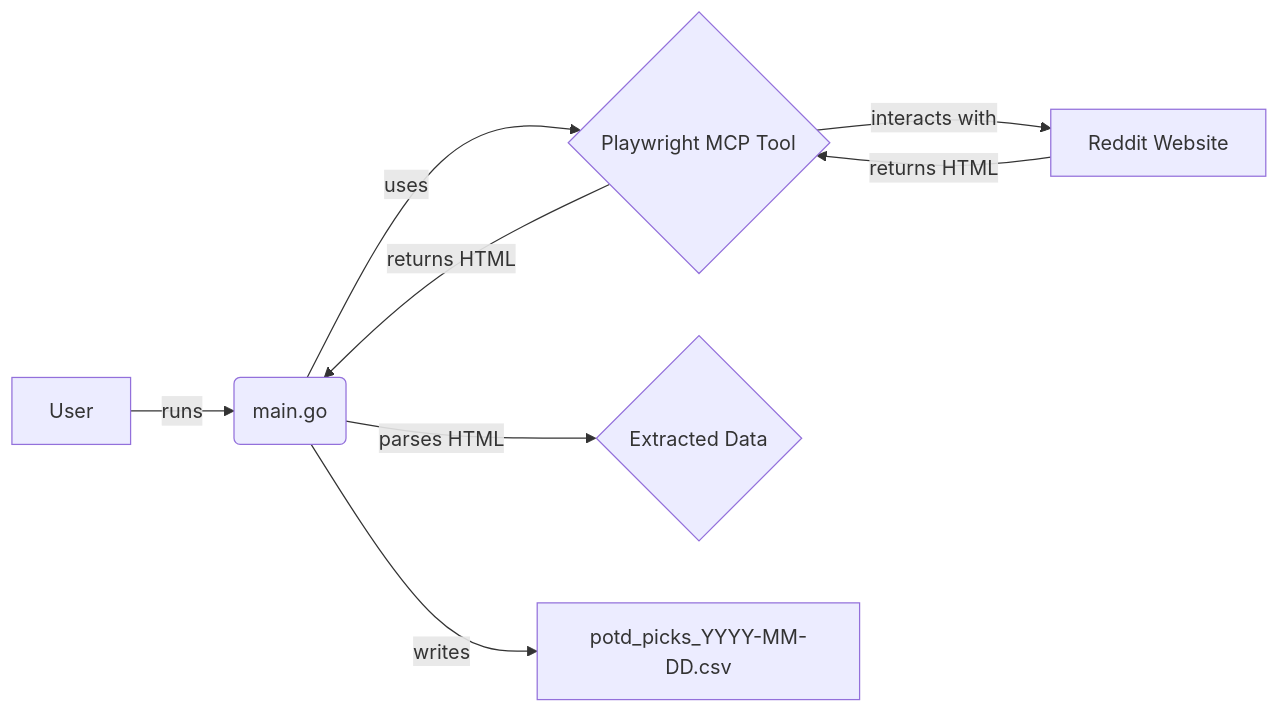
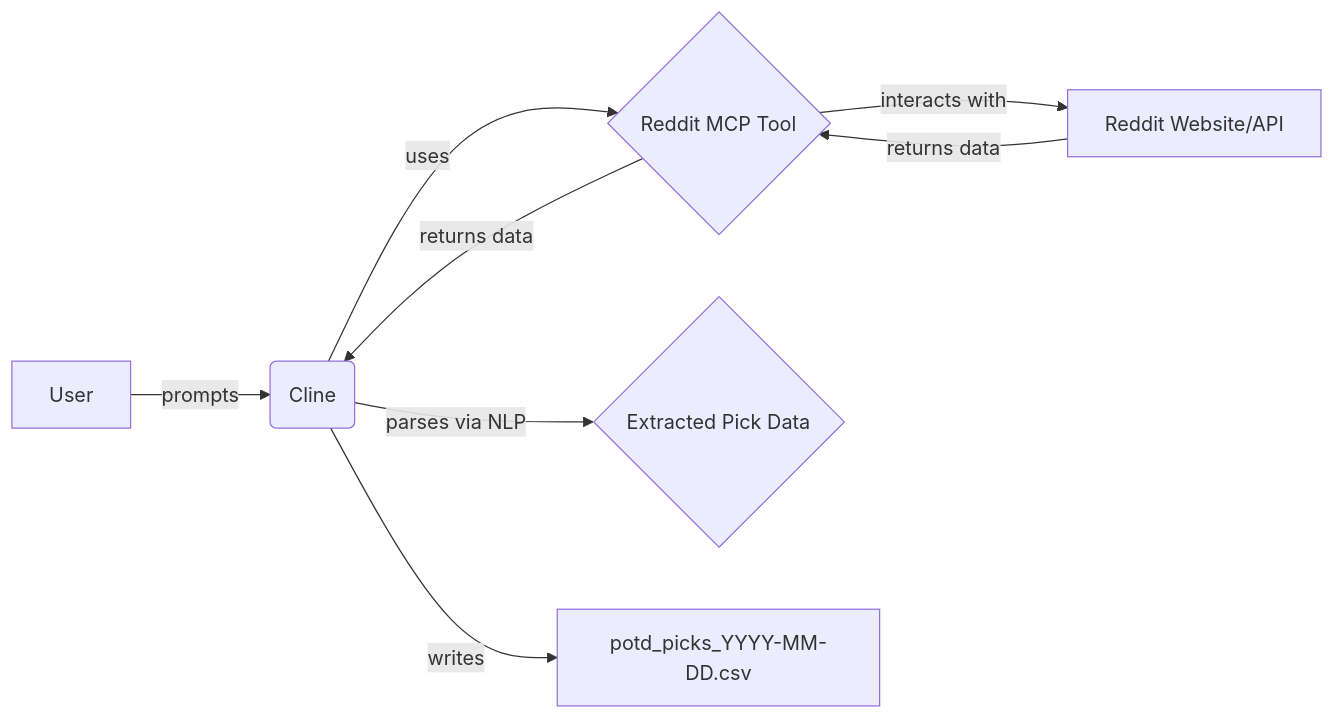
The diagram in memory-bank/systemPatterns.md (jaylane/degens-digest), drawn with Mermaid before and after one commit. The commit also changed other lines of this file and 7 other files, not shown here.

````diff
--- a/memory-bank/systemPatterns.md
+++ b/memory-bank/systemPatterns.md
@@ -16,10 +16,10 @@
 ```mermaid
 graph LR
-    A[User] -- runs --> B(main.go);
-    B -- uses --> C{Playwright MCP Tool};
-    C -- interacts with --> D[Reddit Website];
-    D -- returns HTML --> C;
-    C -- returns HTML --> B;
-    B -- parses HTML --> E{Extracted Data};
+    A[User] -- prompts --> B(Cline);
+    B -- uses --> C{Reddit MCP Tool};
+    C -- interacts with --> D[Reddit Website/API];
+    D -- returns data --> C;
+    C -- returns data --> B;
+    B -- parses via NLP --> E{Extracted Pick Data};
     B -- writes --> F[potd_picks_YYYY-MM-DD.csv];
 ```
````
